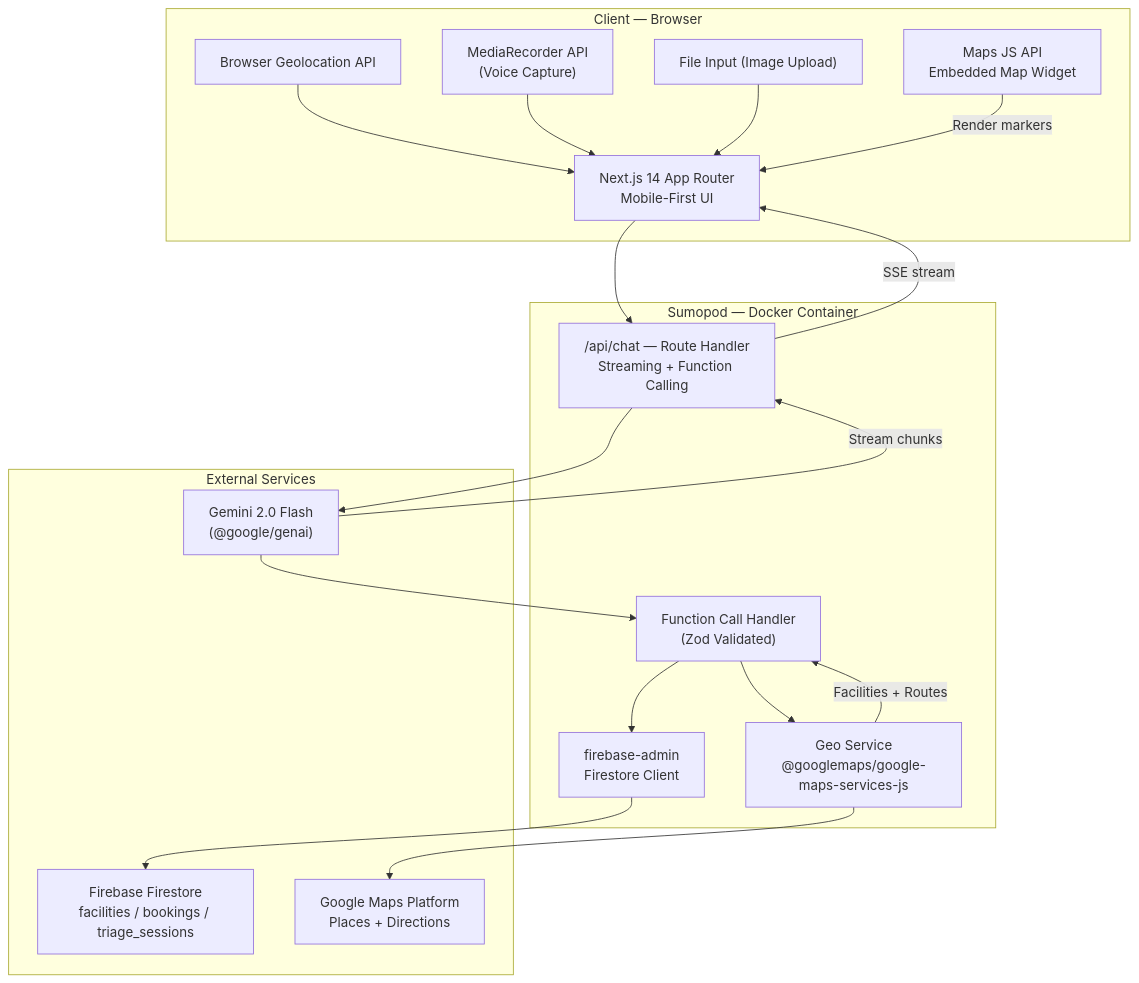
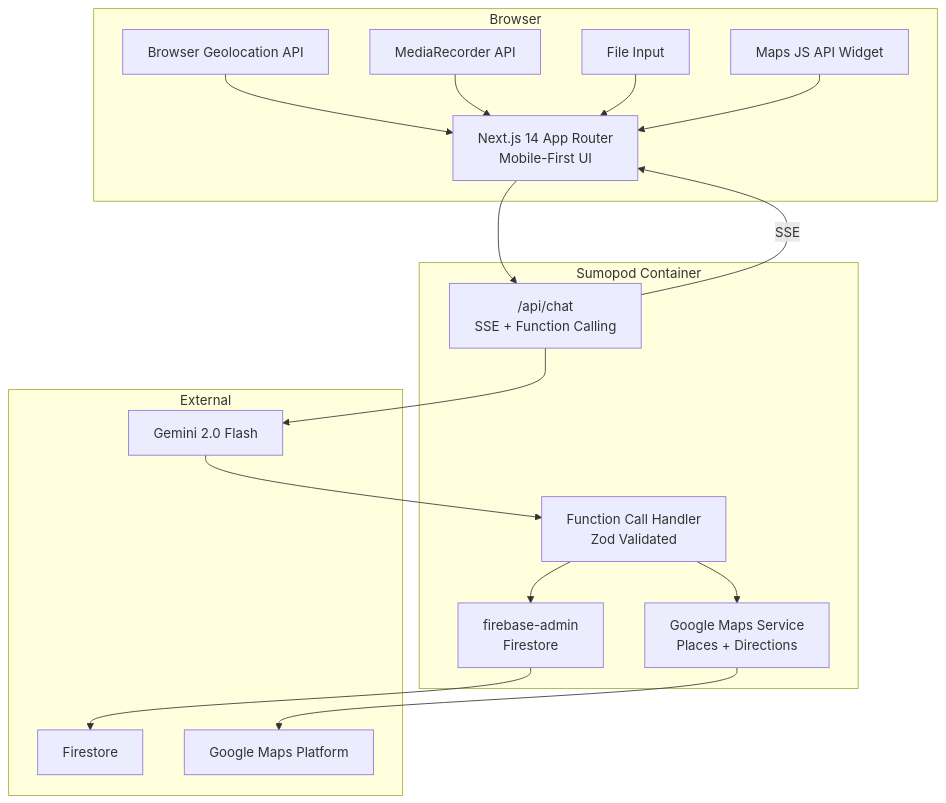
Before and after one commit to RaditRamadani/AIGD-Agent-Triage: the first of 2 diagrams in implementation_plan.md, drawn with Mermaid. The commit also changed other lines of this file and 19 other files, not shown here.

````diff
--- a/implementation_plan.md
+++ b/implementation_plan.md
@@ -27,38 +22,36 @@
 ```mermaid
 graph TB
-    subgraph Client["Client — Browser"]
+    subgraph Client["Browser"]
         UI["Next.js 14 App Router<br/>Mobile-First UI"]
         GEO["Browser Geolocation API"]
-        MIC["MediaRecorder API<br/>(Voice Capture)"]
-        CAM["File Input (Image Upload)"]
-        MAP_WIDGET["Maps JS API<br/>Embedded Map Widget"]
+        MIC["MediaRecorder API"]
+        CAM["File Input"]
+        MAP["Maps JS API Widget"]
     end
 
-    subgraph Docker["Sumopod — Docker Container"]
-        API["/api/chat — Route Handler<br/>Streaming + Function Calling"]
-        GEO_SVC["Geo Service<br/>@googlemaps/google-maps-services-js"]
-        FC["Function Call Handler<br/>(Zod Validated)"]
-        ADMIN["firebase-admin<br/>Firestore Client"]
+    subgraph Docker["Sumopod Container"]
+        API["/api/chat<br/>SSE + Function Calling"]
+        GEO_SVC["Google Maps Service<br/>Places + Directions"]
+        FC["Function Call Handler<br/>Zod Validated"]
+        FB["firebase-admin<br/>Firestore"]
     end
 
-    subgraph Ext["External Services"]
-        GEMINI["Gemini 2.0 Flash<br/>(@google/genai)"]
-        FS["Firebase Firestore<br/>facilities / bookings / triage_sessions"]
-        MAPS_EXT["Google Maps Platform<br/>Places + Directions"]
+    subgraph Ext["External"]
+        GEMINI["Gemini 2.0 Flash"]
+        FS["Firestore"]
+        MAPS["Google Maps Platform"]
     end
 
     UI --> API
     GEO --> UI
     MIC --> UI
     CAM --> UI
     API --> GEMINI
     GEMINI --> FC
-    FC --> ADMIN
+    FC --> FB
     FC --> GEO_SVC
-    ADMIN --> FS
-    GEO_SVC --> MAPS_EXT
-    GEMINI -->|"Stream chunks"| API
-    API -->|"SSE stream"| UI
-    GEO_SVC -->|"Facilities + Routes"| FC
-    MAP_WIDGET -->|"Render markers"| UI
+    FB --> FS
+    GEO_SVC --> MAPS
+    API -->|"SSE"| UI
+    MAP --> UI
 ```
````
